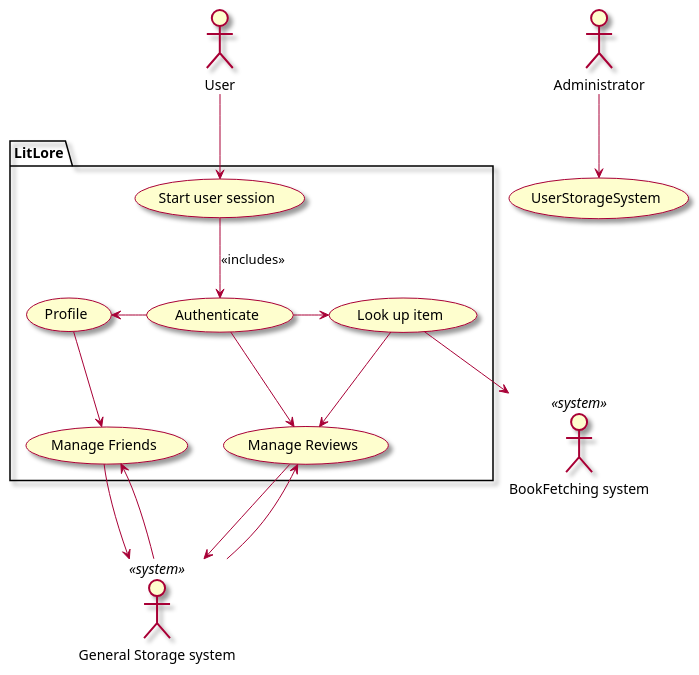
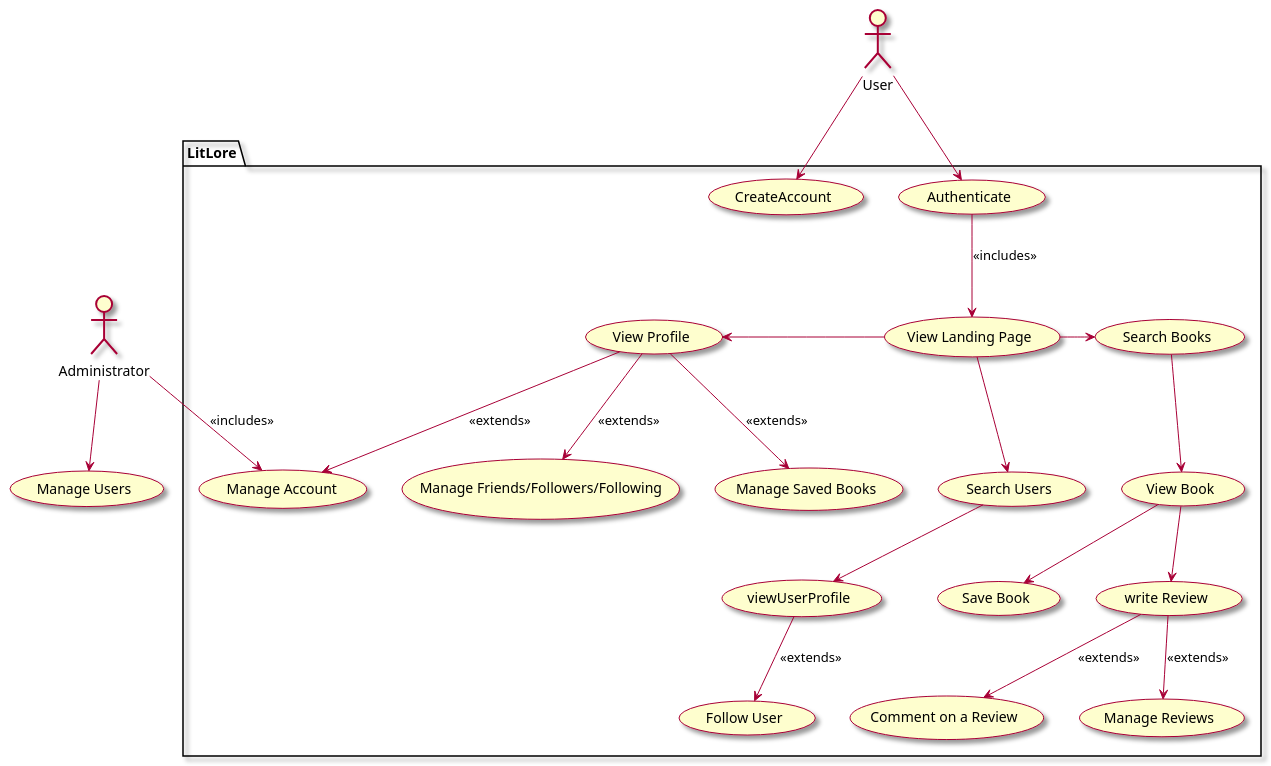
Before and after one commit to Khurshid03/team-2b: the diagram in intellij/doc/vision.md, drawn with PlantUML. The commit also changed 2 other files, not shown here.

Commit message:
add post-review and search-for-books use cases. Vision.md is also done

````diff
--- a/intellij/doc/vision.md
+++ b/intellij/doc/vision.md
@@ -40,47 +40,64 @@
 ```plantuml
 skin rose
 
 ' human actors
 actor "User" as user
 actor "Administrator" as admin
 
 ' system actors
-actor "BookFetching system" <<system>> as BookFetchingSystem
-actor "General Storage system" <<system>> as GeneralStorageSystem
 
 
 ' list all use cases in package
-  usecase "UserStorageSystem" as UserStorageSystem
+usecase "Manage Users" as manageUsers
  
 package LitLore{
+    usecase "CreateAccount" as createAccount
     usecase "Authenticate" as authenticate
-    usecase "Start user session" as startUserSession
-    usecase "Profile" as profile
-    usecase "Look up item" as lookUpItem
+    usecase "View Landing Page" as viewLandingPage
+    usecase "View Profile" as viewProfile
+    usecase "Search Users" as searchUsers
+    usecase "Search Books" as searchBooks
+    usecase "View Book" as viewBook
+    usecase "write Review" as writeReview
     usecase "Manage Reviews" as manageReviews
-    usecase "Manage Friends" as manageFriends
+    usecase "Comment on a Review" as commentOnAReview
+    usecase "Save Book" as saveBook
+    usecase "Manage Friends/Followers/Following" as manageFriends
+    usecase " Manage Account" as manageAccount
+    usecase "Manage Saved Books" as manageSavedBooks
+    usecase "viewUserProfile" as viewUserProfile
+    usecase "Follow User" as followUser
+    
 }
 
 ' list relationships between actors and use cases
-admin --> UserStorageSystem
-user --> startUserSession
-startUserSession --> authenticate : <<includes>>
-authenticate -left-> profile
-authenticate -down-> manageReviews
-authenticate -right-> lookUpItem
-profile -down-> manageFriends
-manageFriends -down-> GeneralStorageSystem
-GeneralStorageSystem -up-> manageFriends
-manageReviews -down-> GeneralStorageSystem
-GeneralStorageSystem --> manageReviews
-lookUpItem -down-> BookFetchingSystem
-lookUpItem --> manageReviews
+
+' Authentication flow
+user --> createAccount
+user --> authenticate
+authenticate --> viewLandingPage : <<includes>>
+
+' Profile and social interactions
+viewLandingPage -left-> viewProfile
+viewProfile --> manageAccount : <<extends>>
+viewProfile --> manageSavedBooks : <<extends>>
+viewProfile --> manageFriends : <<extends>>
+searchUsers --> viewUserProfile
+viewUserProfile --> followUser : <<extends>>
+
+' Searching for content
+viewLandingPage -right-> searchBooks
+viewLandingPage --> searchUsers
 
 
+' Book interactions
+searchBooks --> viewBook
+viewBook --> saveBook
+viewBook --> writeReview
+writeReview --> manageReviews : <<extends>>
+writeReview --> commentOnAReview : <<extends>>
 
-
-
-
-
-
+' Admin interactions
+admin --> manageUsers
+admin --> manageAccount : <<includes>>
 ```
````
